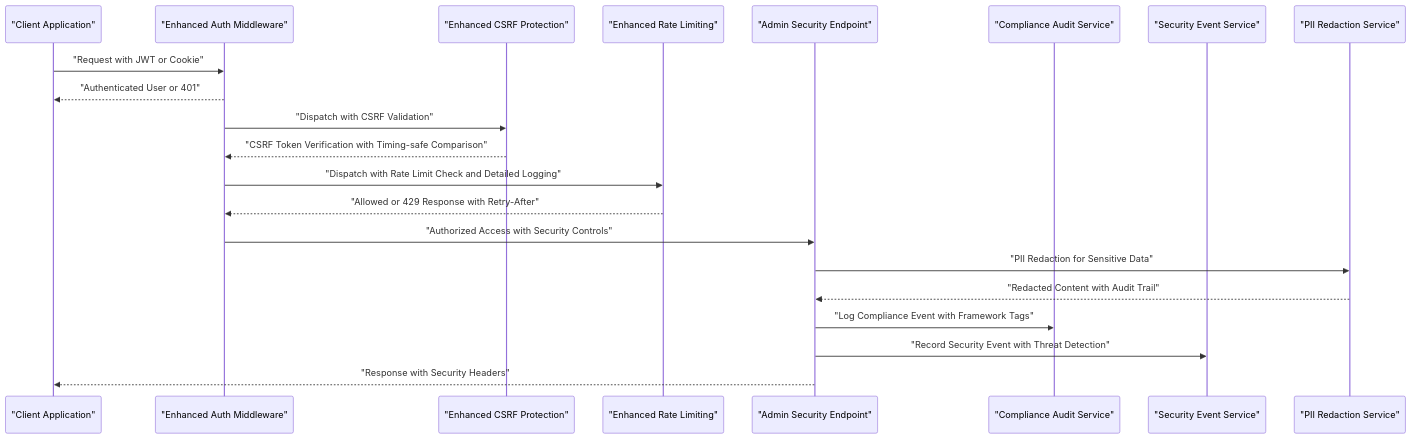
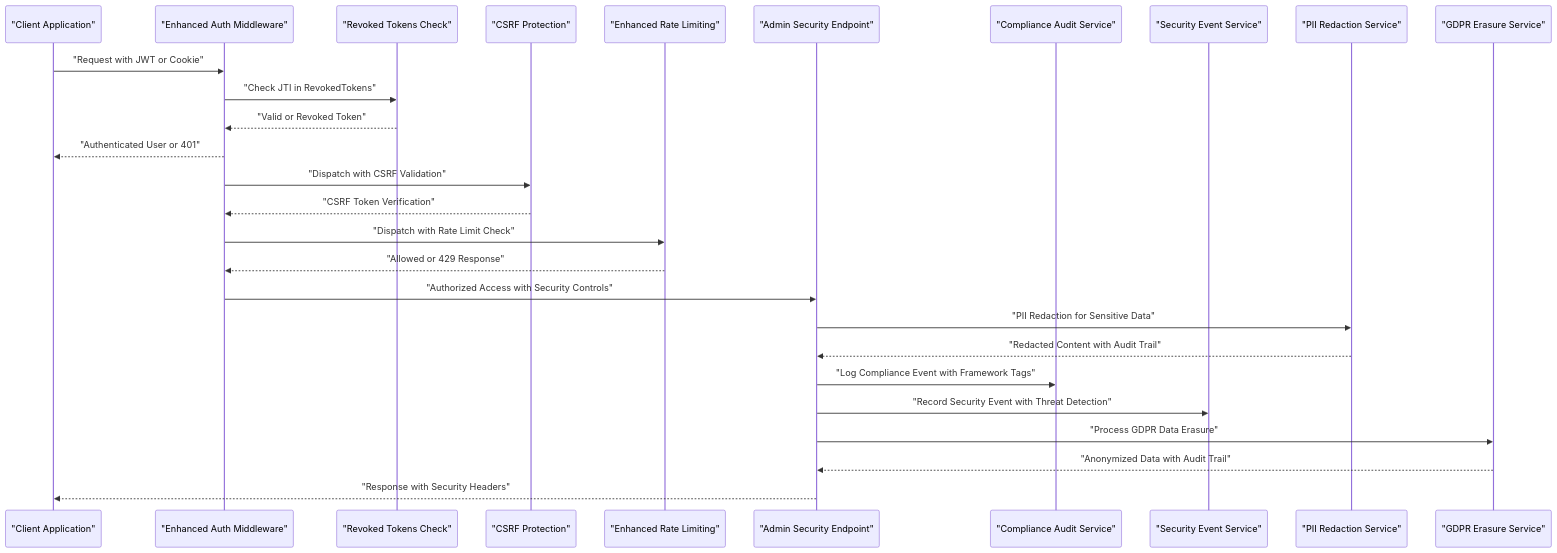
One commit to Revanththetalogics/aireume changed the second of 10 diagrams in .qoder/repowiki/en/content/Advanced Topics/Enterprise Security and Compliance.md. Above: the diagram before and after it, drawn with Mermaid. The commit also changed other lines of this file and 13 other files, not shown here.

````diff
--- a/.qoder/repowiki/en/content/Advanced Topics/Enterprise Security and Compliance.md
+++ b/.qoder/repowiki/en/content/Advanced Topics/Enterprise Security and Compliance.md
@@ -305,23 +304,29 @@
 ```mermaid
 sequenceDiagram
 participant Client as "Client Application"
 participant Auth as "Enhanced Auth Middleware"
-participant CSRF as "Enhanced CSRF Protection"
+participant RT as "Revoked Tokens Check"
+participant CSRF as "CSRF Protection"
 participant RL as "Enhanced Rate Limiting"
 participant Admin as "Admin Security Endpoint"
 participant Audit as "Compliance Audit Service"
 participant SecEvt as "Security Event Service"
 participant PII as "PII Redaction Service"
+participant Erasure as "GDPR Erasure Service"
 Client->>Auth : "Request with JWT or Cookie"
+Auth->>RT : "Check JTI in RevokedTokens"
+RT-->>Auth : "Valid or Revoked Token"
 Auth-->>Client : "Authenticated User or 401"
 Auth->>CSRF : "Dispatch with CSRF Validation"
-CSRF-->>Auth : "CSRF Token Verification with Timing-safe Comparison"
-Auth->>RL : "Dispatch with Rate Limit Check and Detailed Logging"
-RL-->>Auth : "Allowed or 429 Response with Retry-After"
+CSRF-->>Auth : "CSRF Token Verification"
+Auth->>RL : "Dispatch with Rate Limit Check"
+RL-->>Auth : "Allowed or 429 Response"
 Auth->>Admin : "Authorized Access with Security Controls"
 Admin->>PII : "PII Redaction for Sensitive Data"
 PII-->>Admin : "Redacted Content with Audit Trail"
 Admin->>Audit : "Log Compliance Event with Framework Tags"
 Admin->>SecEvt : "Record Security Event with Threat Detection"
+Admin->>Erasure : "Process GDPR Data Erasure"
+Erasure-->>Admin : "Anonymized Data with Audit Trail"
 Admin-->>Client : "Response with Security Headers"
 ```
````
